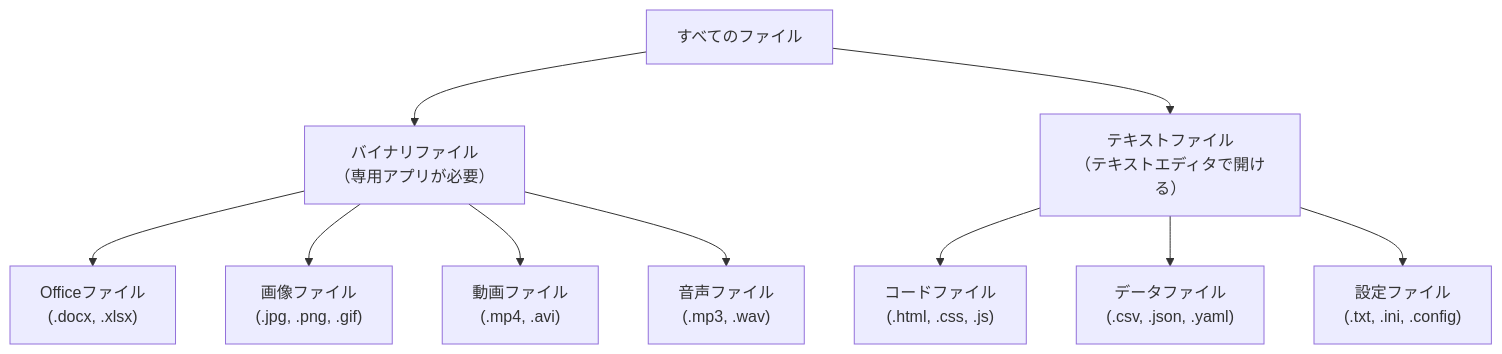
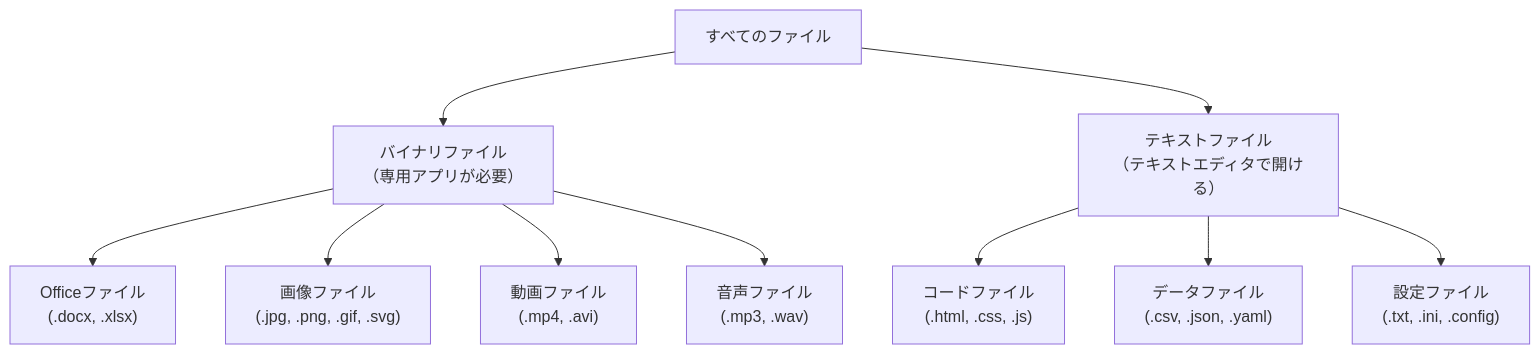
The first of 3 diagrams in docs/01_コンピューター基礎知識/03_必須_ファイルの種類とアプリケーション.md (Monzi-takuya/web-fundamentals-for-non-engineers), drawn with Mermaid before and after one commit. The commit also changed other lines of this file and 11 other files, not shown here.

````diff
--- a/docs/01_コンピューター基礎知識/03_必須_ファイルの種類とアプリケーション.md
+++ b/docs/01_コンピューター基礎知識/03_必須_ファイルの種類とアプリケーション.md
@@ -55,14 +55,14 @@
 ```mermaid
 flowchart TD
     A["すべてのファイル"] --> B["バイナリファイル<br/>（専用アプリが必要）"]
     A --> C["テキストファイル<br/>（テキストエディタで開ける）"]
     
     B --> D["Officeファイル<br/>(.docx, .xlsx)"]
-    B --> E["画像ファイル<br/>(.jpg, .png, .gif)"]
+    B --> E["画像ファイル<br/>(.jpg, .png, .gif, .svg)"]
     B --> F["動画ファイル<br/>(.mp4, .avi)"]
     B --> G["音声ファイル<br/>(.mp3, .wav)"]
     
     C --> H["コードファイル<br/>(.html, .css, .js)"]
     C --> I["データファイル<br/>(.csv, .json, .yaml)"]
     C --> J["設定ファイル<br/>(.txt, .ini, .config)"]
 ```
````
